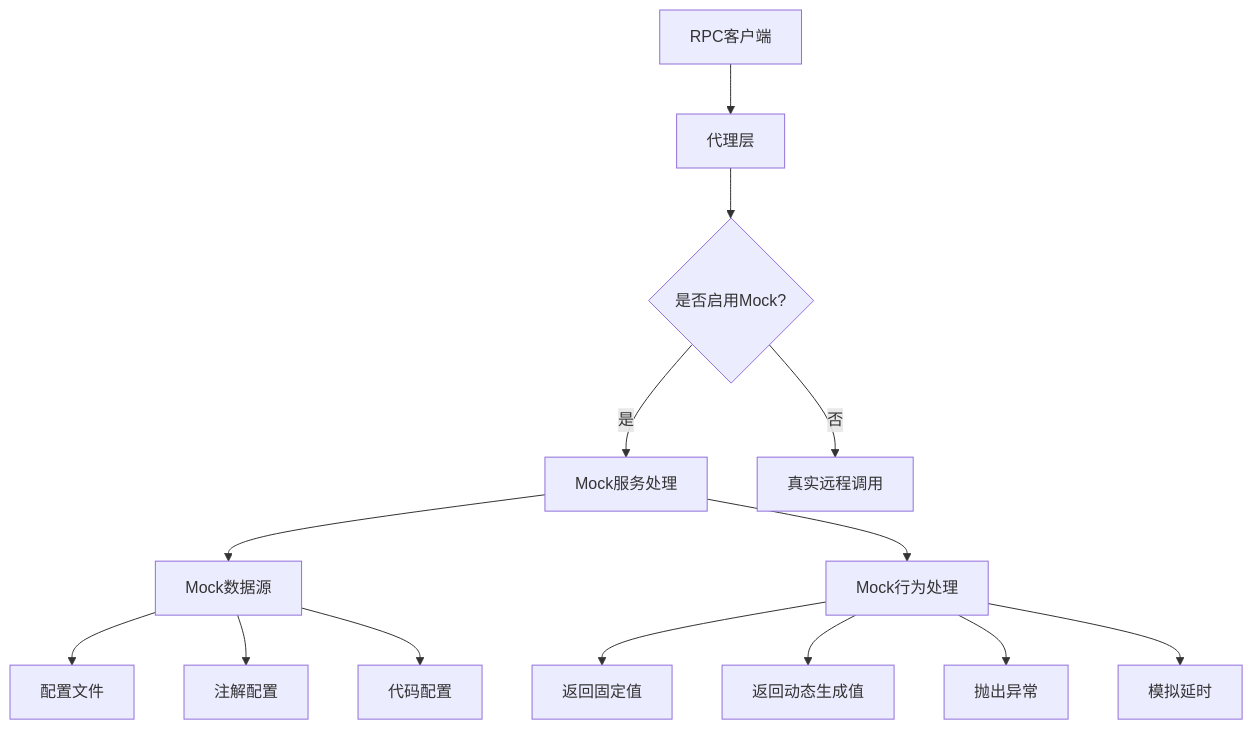
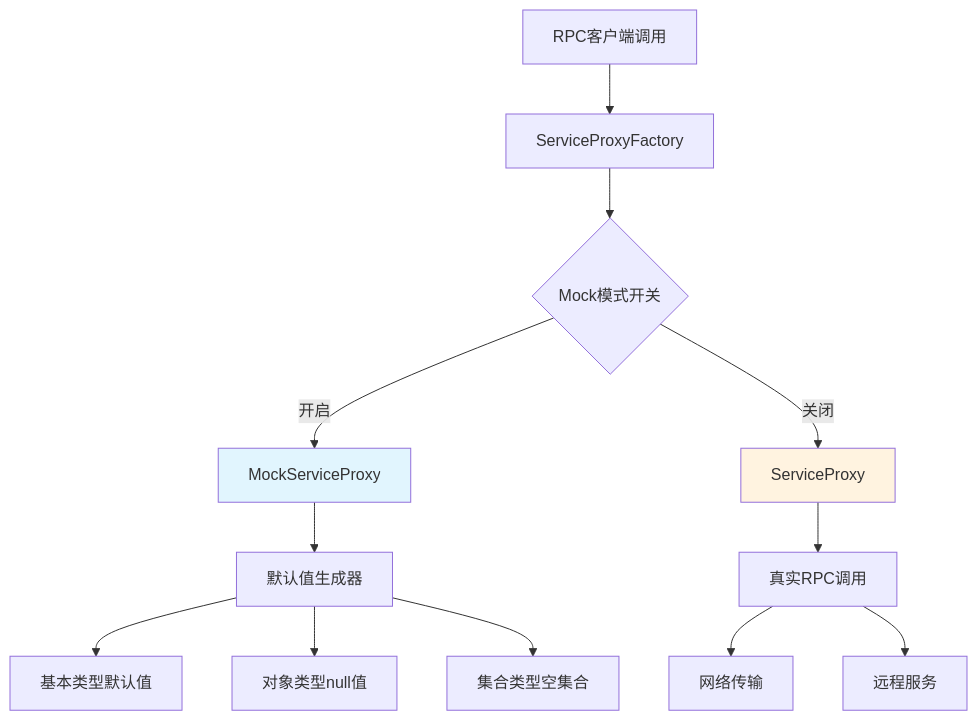
Before and after one commit to 2042159221/learn-RPC: the second of 4 diagrams in doc/Mock服务实现.md, drawn with Mermaid. The commit also changed other lines of this file and 30 other files, not shown here.

````diff
--- a/doc/Mock服务实现.md
+++ b/doc/Mock服务实现.md
@@ -60,18 +60,19 @@
 ```mermaid
 graph TD
-    A[RPC客户端] --> B[代理层]
-    B --> C{是否启用Mock?}
-    C -->|是| D[Mock服务处理]
-    C -->|否| E[真实远程调用]
-    
-    D --> F[Mock数据源]
-    F --> G[配置文件]
-    F --> H[注解配置]
-    F --> I[代码配置]
-    
-    D --> J[Mock行为处理]
-    J --> K[返回固定值]
-    J --> L[返回动态生成值]
-    J --> M[抛出异常]
-    J --> N[模拟延时]
+    A[RPC客户端调用] --> B[ServiceProxyFactory]
+    B --> C{Mock模式开关}
+    C -->|开启| D[MockServiceProxy]
+    C -->|关闭| E[ServiceProxy]
+
+    D --> F[默认值生成器]
+    F --> G[基本类型默认值]
+    F --> H[对象类型null值]
+    F --> I[集合类型空集合]
+
+    E --> J[真实RPC调用]
+    J --> K[网络传输]
+    J --> L[远程服务]
+
+    style D fill:#e1f5fe
+    style E fill:#fff3e0
 ```
````
